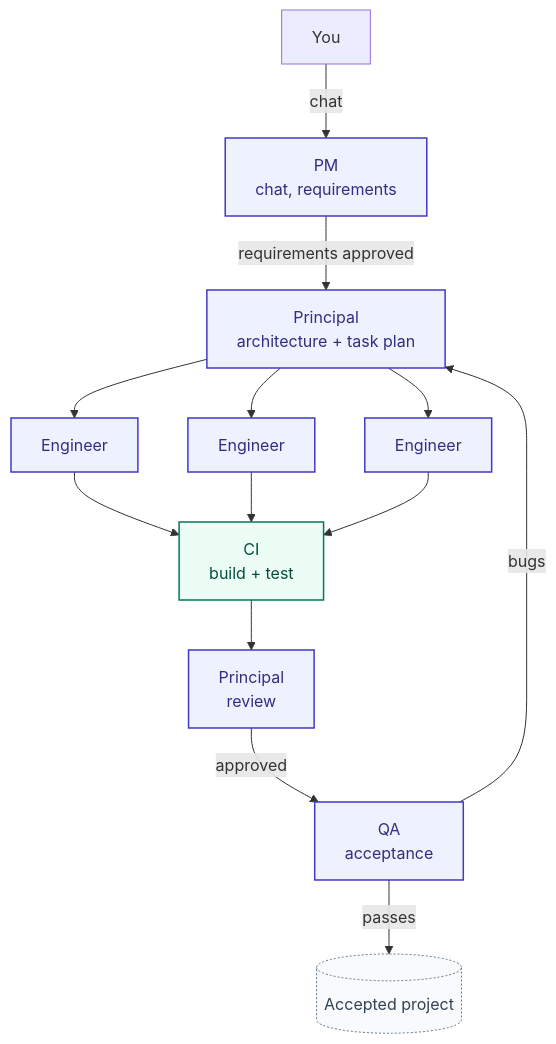
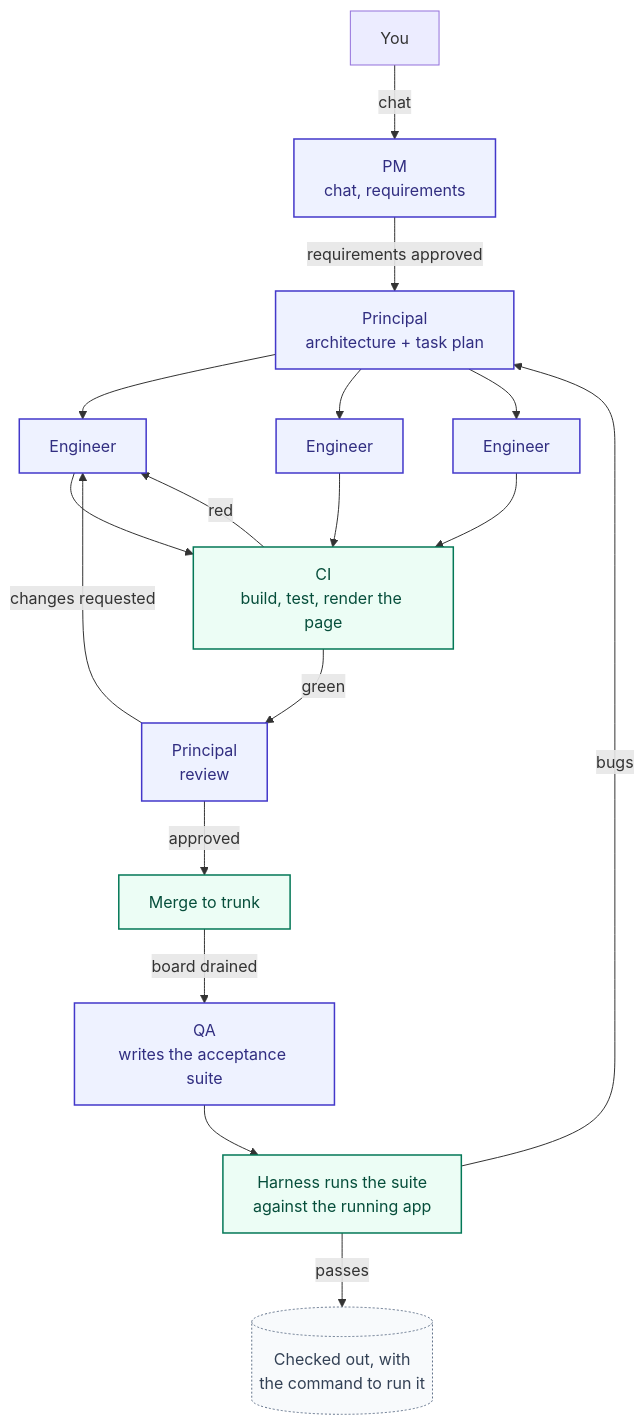
Before and after one commit to rachiet/forge: the diagram in README.md, drawn with Mermaid. The commit also changed other lines of this file and 2 other files, not shown here.

````diff
--- a/README.md
+++ b/README.md
@@ -25,30 +26,36 @@
 ```mermaid
 flowchart TD
     classDef orch fill:#eef2ff,stroke:#4338ca,stroke-width:1.5px,color:#312e81
     classDef harness fill:#ecfdf5,stroke:#047857,stroke-width:1.5px,color:#064e3b
     classDef store fill:#f8fafc,stroke:#64748b,stroke-width:1px,color:#334155,stroke-dasharray: 2 2
 
     YOU["You"]
     PM["PM<br/>chat, requirements"]:::orch
     PRIN1["Principal<br/>architecture + task plan"]:::orch
     E1["Engineer"]:::orch
     E2["Engineer"]:::orch
     E3["Engineer"]:::orch
-    CI["CI<br/>build + test"]:::harness
+    CI["CI<br/>build, test, render the page"]:::harness
     PRIN2["Principal<br/>review"]:::orch
-    QA["QA<br/>acceptance"]:::orch
-    DONE[("Accepted project")]:::store
+    MERGE["Merge to trunk"]:::harness
+    QA["QA<br/>writes the acceptance suite"]:::orch
+    RUN["Harness runs the suite<br/>against the running app"]:::harness
+    DONE[("Checked out, with<br/>the command to run it")]:::store
 
     YOU -->|chat| PM
     PM -->|requirements approved| PRIN1
     PRIN1 --> E1
     PRIN1 --> E2
     PRIN1 --> E3
     E1 --> CI
     E2 --> CI
     E3 --> CI
-    CI --> PRIN2
-    PRIN2 -->|approved| QA
-    QA -->|bugs| PRIN1
-    QA -->|passes| DONE
+    CI -->|green| PRIN2
+    CI -->|red| E1
+    PRIN2 -->|approved| MERGE
+    PRIN2 -->|changes requested| E1
+    MERGE -->|board drained| QA
+    QA --> RUN
+    RUN -->|bugs| PRIN1
+    RUN -->|passes| DONE
 ```
````
